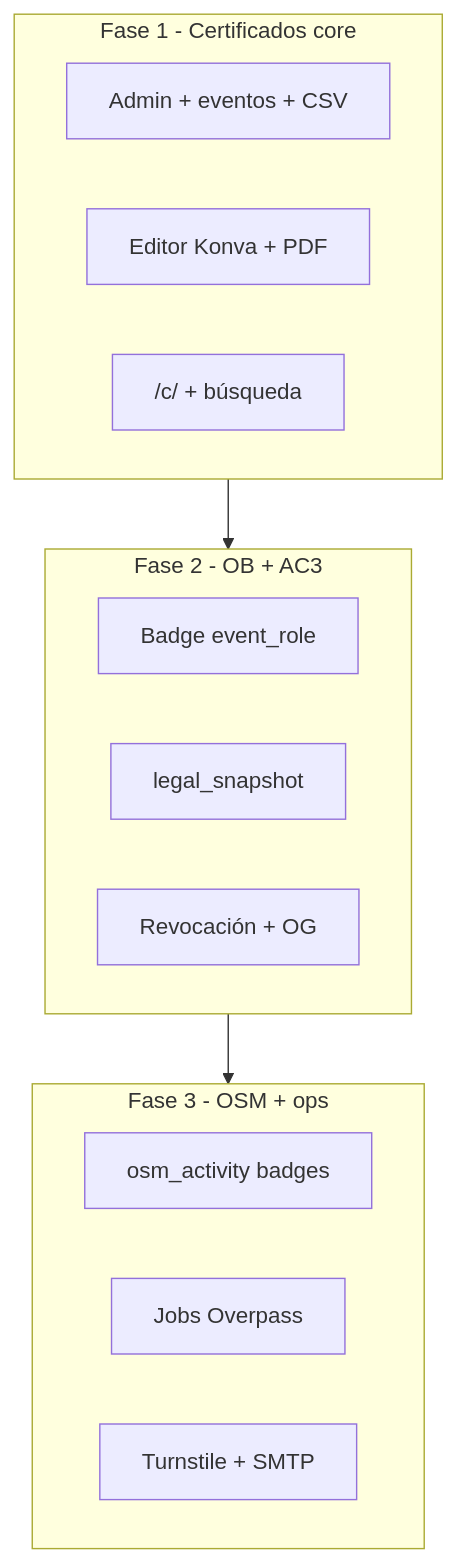
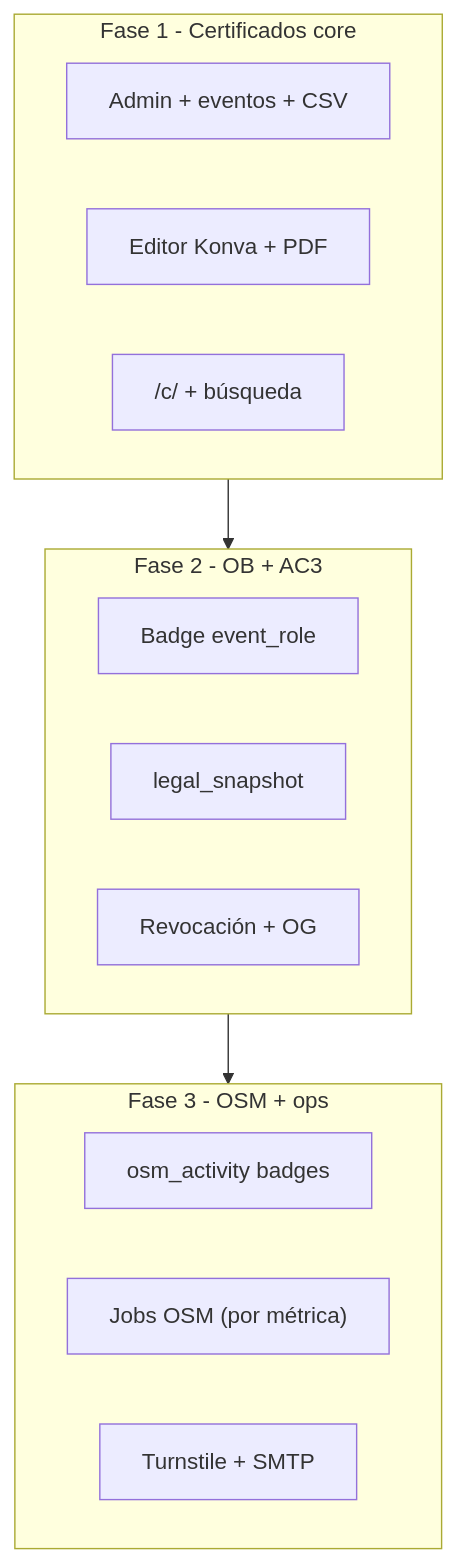
One commit to OSMLatam/certificados changed the diagram in docs/09-plan-de-implementacion.md. Above: the diagram before and after it, drawn with Mermaid. The commit also changed other lines of this file and 16 other files, not shown here.

````diff
--- a/docs/09-plan-de-implementacion.md
+++ b/docs/09-plan-de-implementacion.md
@@ -281,19 +298,19 @@
 ```mermaid
 flowchart TB
     subgraph F1 ["Fase 1 - Certificados core"]
         A1["Admin + eventos + CSV"]
         A2["Editor Konva + PDF"]
         A3["/c/ + búsqueda"]
     end
     subgraph F2 ["Fase 2 - OB + AC3"]
         B1["Badge event_role"]
         B2["legal_snapshot"]
         B3["Revocación + OG"]
     end
     subgraph F3 ["Fase 3 - OSM + ops"]
         C1["osm_activity badges"]
-        C2["Jobs Overpass"]
+        C2["Jobs OSM (por métrica)"]
         C3["Turnstile + SMTP"]
     end
     F1 --> F2 --> F3
 ```
````
